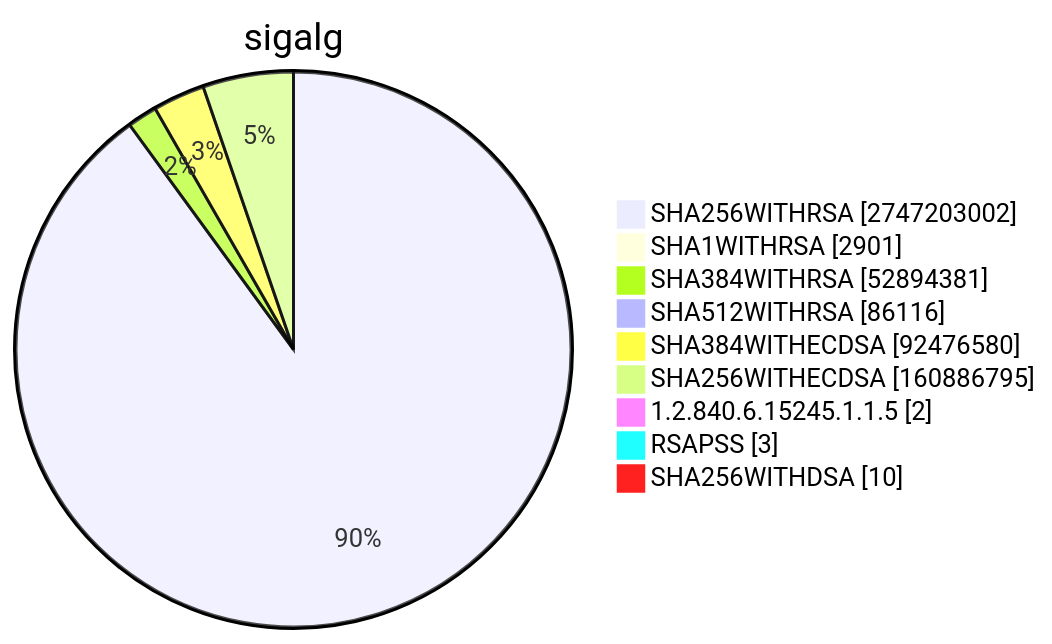
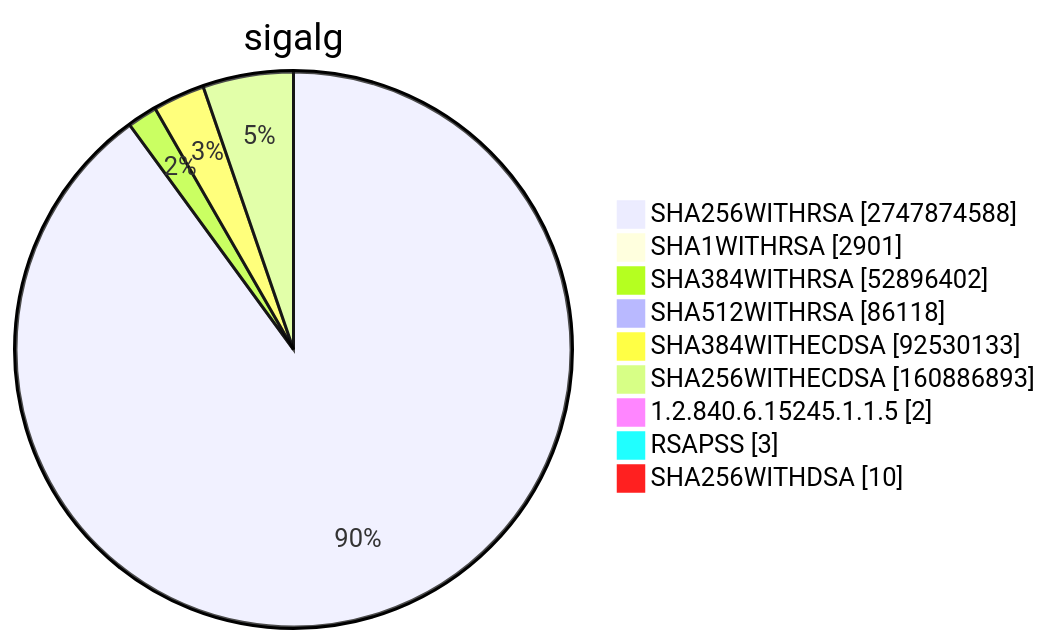
Diagram 15 of 15 in TOTAL/README.md (christiankrug/ctmonitor_visualization), drawn with Mermaid before and after one commit. The commit also changed other lines of this file, not shown here.

````diff
--- a/TOTAL/README.md
+++ b/TOTAL/README.md
@@ -6206,13 +6206,13 @@
 ```mermaid
 pie showData
 title sigalg
-"SHA256WITHRSA" :2747203002
+"SHA256WITHRSA" :2747874588
 "SHA1WITHRSA" :2901
-"SHA384WITHRSA" :52894381
-"SHA512WITHRSA" :86116
-"SHA384WITHECDSA" :92476580
-"SHA256WITHECDSA" :160886795
+"SHA384WITHRSA" :52896402
+"SHA512WITHRSA" :86118
+"SHA384WITHECDSA" :92530133
+"SHA256WITHECDSA" :160886893
 "1.2.840.6.15245.1.1.5" :2
 "RSAPSS" :3
 "SHA256WITHDSA" :10
 ```
````
